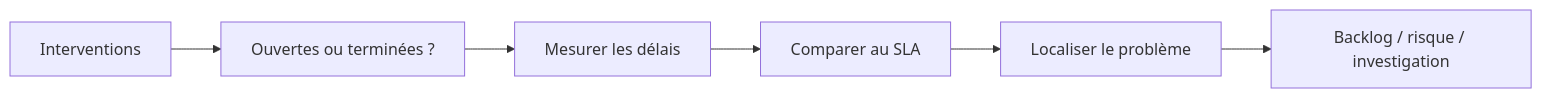
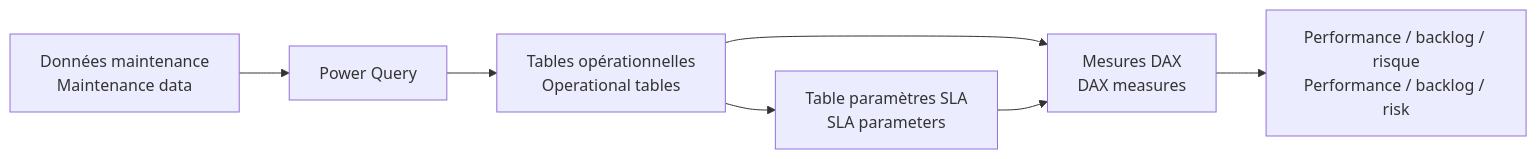
Before and after one commit to jeffersonkuku/powerbi-portfolio-projects: the second of 3 diagrams in powerbi-sla-penalties-portfolio/README.md, drawn with Mermaid. The commit also changed other lines of this file and 4 other files, not shown here.

````diff
--- a/powerbi-sla-penalties-portfolio/README.md
+++ b/powerbi-sla-penalties-portfolio/README.md
@@ -59,8 +100,9 @@
 ```mermaid
 flowchart LR
-    A[Interventions] --> B[Ouvertes ou terminées ?]
-    B --> C[Mesurer les délais]
-    C --> D[Comparer au SLA]
-    D --> E[Localiser le problème]
-    E --> F[Backlog / risque / investigation]
+    A[Données maintenance<br/>Maintenance data] --> B[Power Query]
+    B --> C[Tables opérationnelles<br/>Operational tables]
+    C --> D[Table paramètres SLA<br/>SLA parameters]
+    C --> E[Mesures DAX<br/>DAX measures]
+    D --> E
+    E --> F[Performance / backlog / risque<br/>Performance / backlog / risk]
 ```
````
